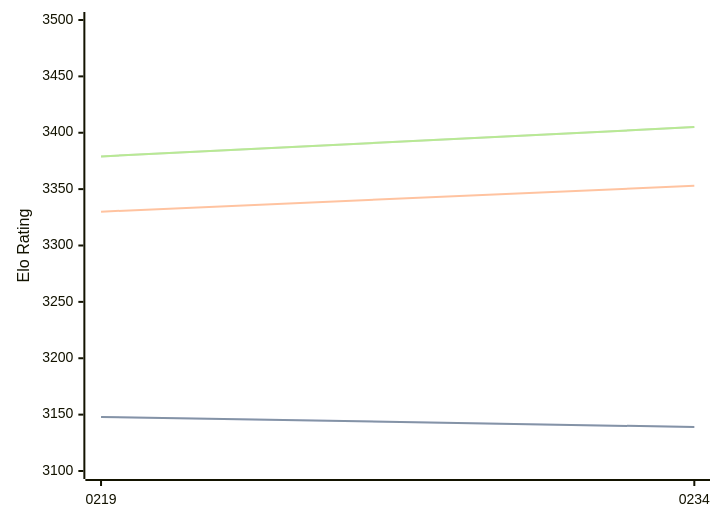
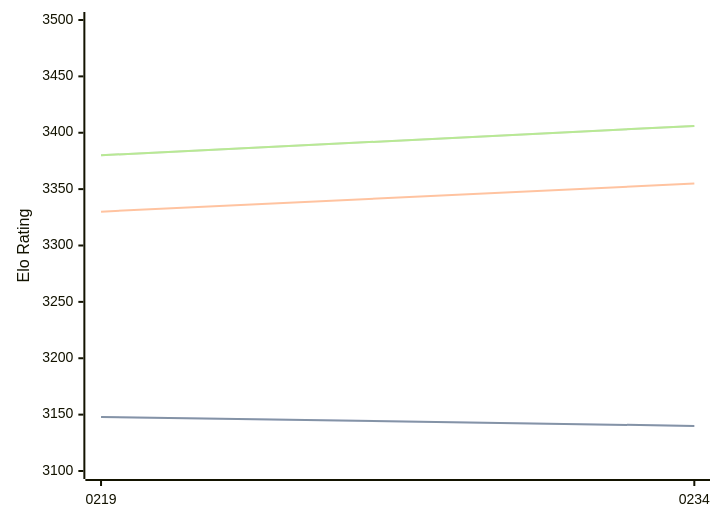
The diagram in engines/Ynode.md (computer-chess-index/cci), drawn with Mermaid before and after one commit. The commit also changed other lines of this file, not shown here.

Commit message:
Update CCI Ratings (ELO VLTC) - 2026-09-27

````diff
--- a/engines/Ynode.md
+++ b/engines/Ynode.md
@@ -32,11 +32,11 @@
 ```mermaid
 %%{init: {"theme":"base","themeVariables":{"seriesColors:['#a3a3a3','#222221','#faa371']}}}%%
 xychart-beta
   x-axis ["0219", "0234"]
   y-axis "Elo Rating" 3100 --> 3500
-  line "" [3148, 3139]
-  line "STC (8.0+0.08s)" [3148, 3139]
-  line "LTC (60.0+0.60s)" [3330, 3353]
-  line "" [3379, 3405]
-  line "VLTC (2m24s+1.12s)" [3379, 3405]
+  line "" [3148, 3140]
+  line "STC (8.0+0.08s)" [3148, 3140]
+  line "LTC (60.0+0.60s)" [3330, 3355]
+  line "" [3380, 3406]
+  line "VLTC (2m24s+1.12s)" [3380, 3406]
 ```
````
